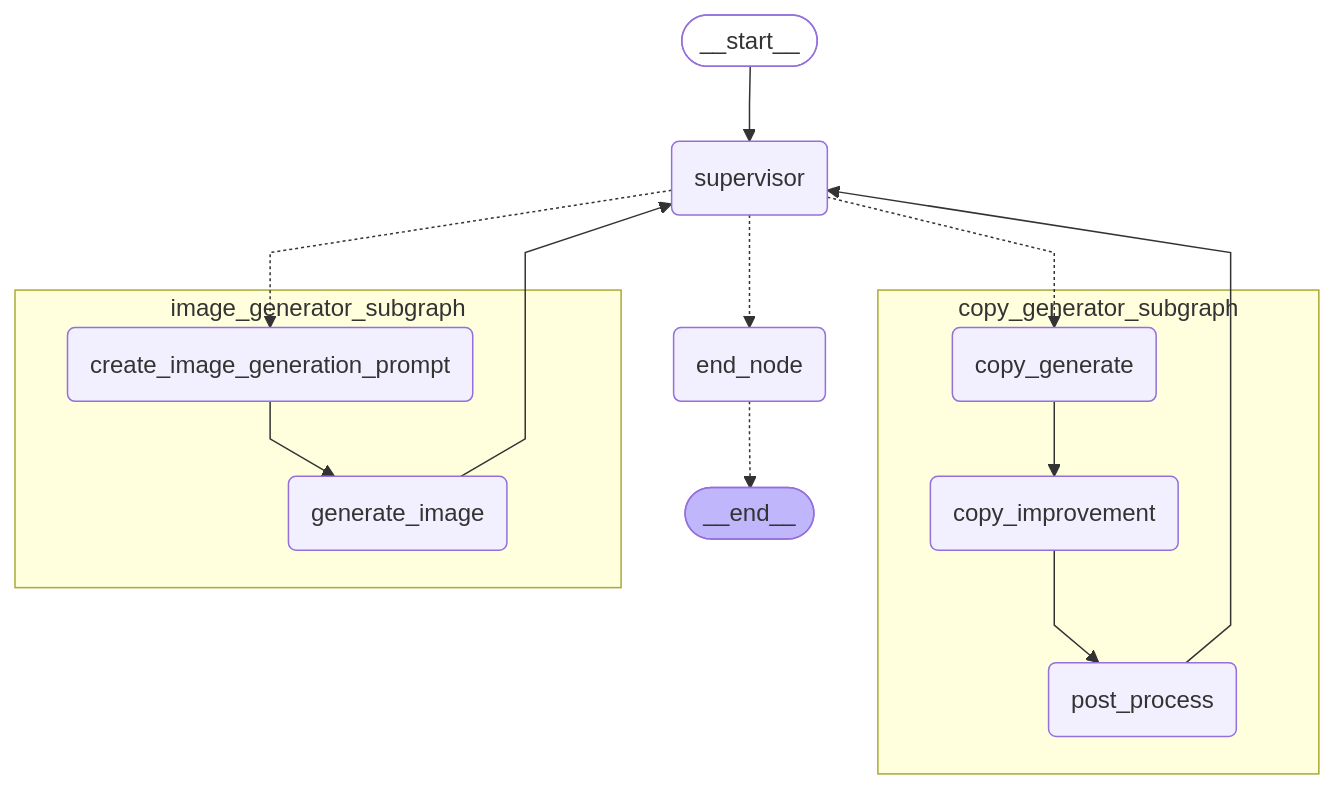
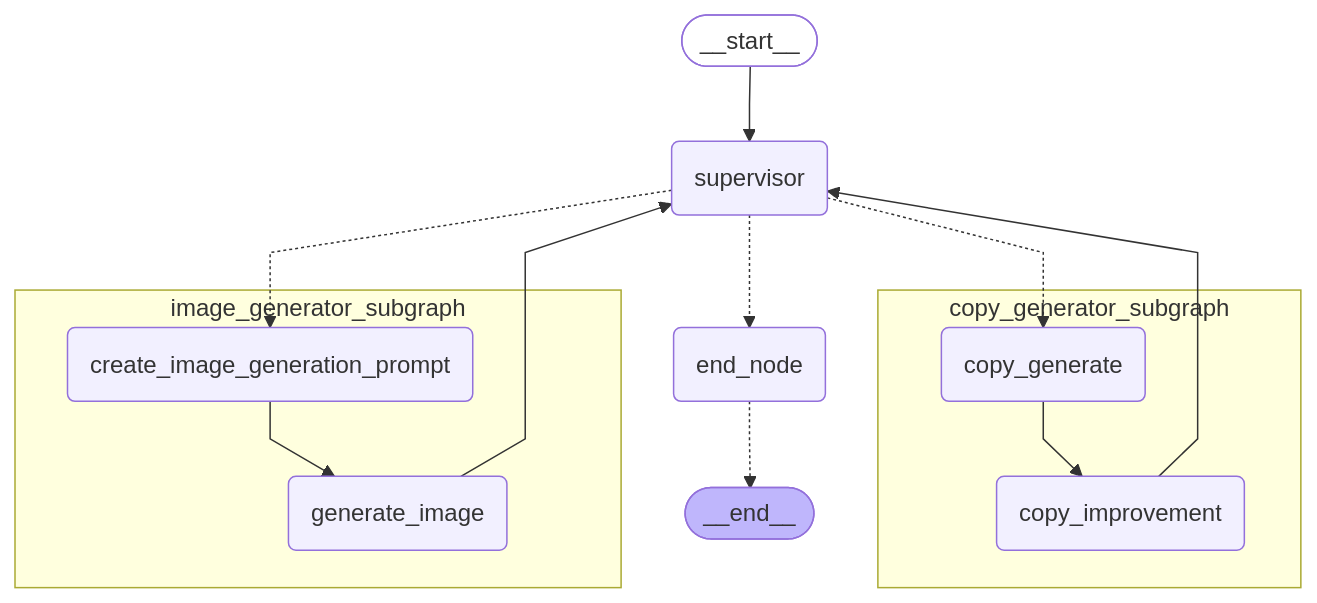
Before and after one commit to ren8k/streamlit-langgraph-multi-agent: the diagram in graph.md, drawn with Mermaid.

````diff
--- a/graph.md
+++ b/graph.md
@@ -1,30 +1,28 @@
 ```mermaid
 %%{init: {'flowchart': {'curve': 'linear'}}}%%
 graph TD;
 	__start__([<p>__start__</p>]):::first
 	supervisor(supervisor)
 	copy_generator_subgraph_copy_generate(copy_generate)
 	copy_generator_subgraph_copy_improvement(copy_improvement)
-	copy_generator_subgraph_post_process(post_process)
 	image_generator_subgraph_create_image_generation_prompt(create_image_generation_prompt)
 	image_generator_subgraph_generate_image(generate_image)
 	end_node(end_node)
 	__end__([<p>__end__</p>]):::last
 	__start__ --> supervisor;
-	copy_generator_subgraph_post_process --> supervisor;
+	copy_generator_subgraph_copy_improvement --> supervisor;
 	image_generator_subgraph_generate_image --> supervisor;
 	supervisor -.-> copy_generator_subgraph_copy_generate;
 	supervisor -.-> image_generator_subgraph_create_image_generation_prompt;
 	supervisor -.-> end_node;
 	end_node -.-> __end__;
 	subgraph copy_generator_subgraph
 	copy_generator_subgraph_copy_generate --> copy_generator_subgraph_copy_improvement;
-	copy_generator_subgraph_copy_improvement --> copy_generator_subgraph_post_process;
 	end
 	subgraph image_generator_subgraph
 	image_generator_subgraph_create_image_generation_prompt --> image_generator_subgraph_generate_image;
 	end
 	classDef default fill:#f2f0ff,line-height:1.2
 	classDef first fill-opacity:0
 	classDef last fill:#bfb6fc
 ```
````
